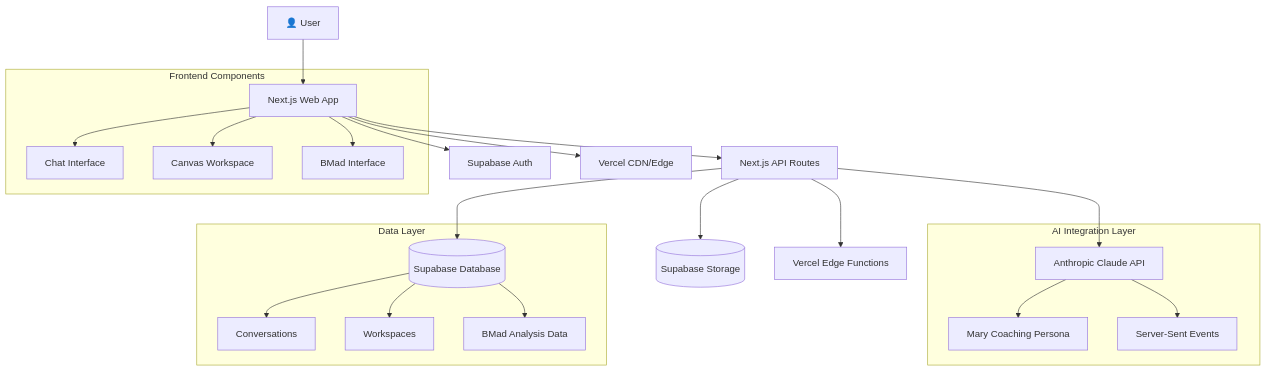
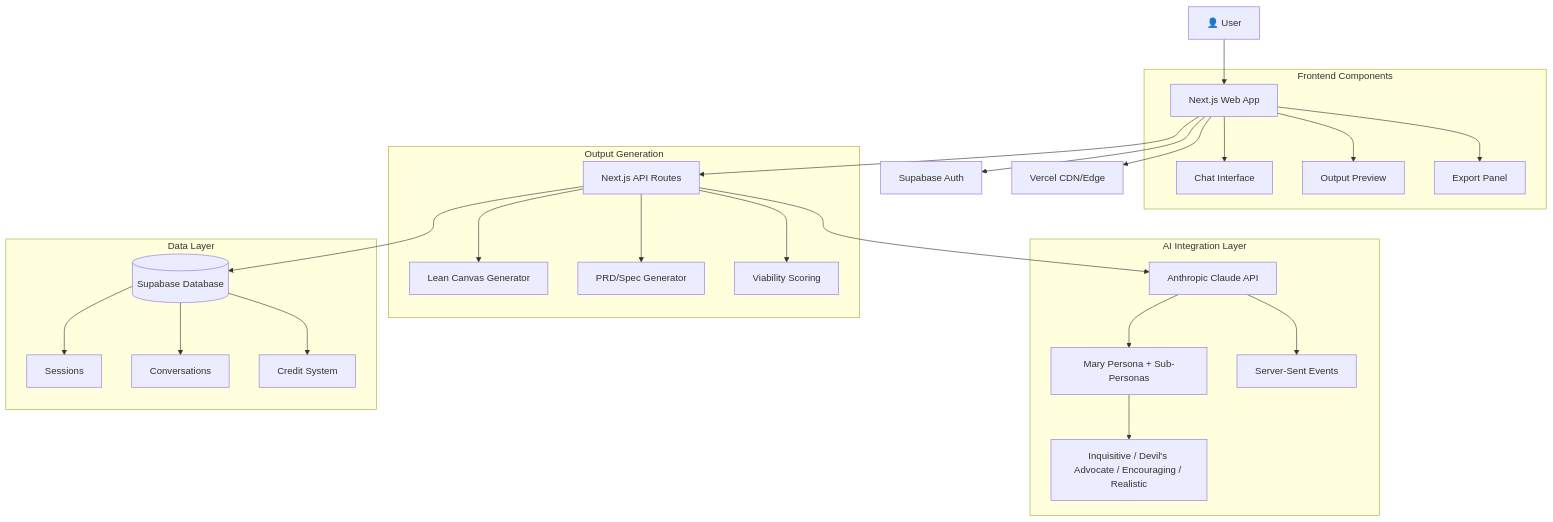
One commit to hollandkevint/ideally changed the diagram in docs/architecture/high-level-architecture.md. Above: the diagram before and after it, drawn with Mermaid. The commit also changed other lines of this file and 27 other files, not shown here.

````diff
--- a/docs/architecture/high-level-architecture.md
+++ b/docs/architecture/high-level-architecture.md
@@ -23,30 +23,35 @@
 ```mermaid
 graph TB
     User[👤 User] --> Web[Next.js Web App]
     Web --> Auth[Supabase Auth]
     Web --> API[Next.js API Routes]
-    
+
     API --> Claude[Anthropic Claude API]
     API --> DB[(Supabase Database)]
-    API --> Storage[(Supabase Storage)]
-    
+
     subgraph "Frontend Components"
         Web --> Chat[Chat Interface]
-        Web --> Canvas[Canvas Workspace]
-        Web --> BMad[BMad Interface]
+        Web --> Output[Output Preview]
+        Web --> Export[Export Panel]
     end
-    
+
     subgraph "AI Integration Layer"
-        Claude --> Persona[Mary Coaching Persona]
+        Claude --> Persona[Mary Persona + Sub-Personas]
         Claude --> Stream[Server-Sent Events]
+        Persona --> Modes[Inquisitive / Devil's Advocate / Encouraging / Realistic]
     end
-    
+
+    subgraph "Output Generation"
+        API --> LeanCanvas[Lean Canvas Generator]
+        API --> PRDSpec[PRD/Spec Generator]
+        API --> ViabilityScore[Viability Scoring]
+    end
+
     subgraph "Data Layer"
+        DB --> Sessions[Sessions]
         DB --> Conversations[Conversations]
-        DB --> Workspaces[Workspaces]  
-        DB --> BMadData[BMad Analysis Data]
+        DB --> Credits[Credit System]
     end
-    
+
     Web --> CDN[Vercel CDN/Edge]
-    API --> Functions[Vercel Edge Functions]
 ```
````
